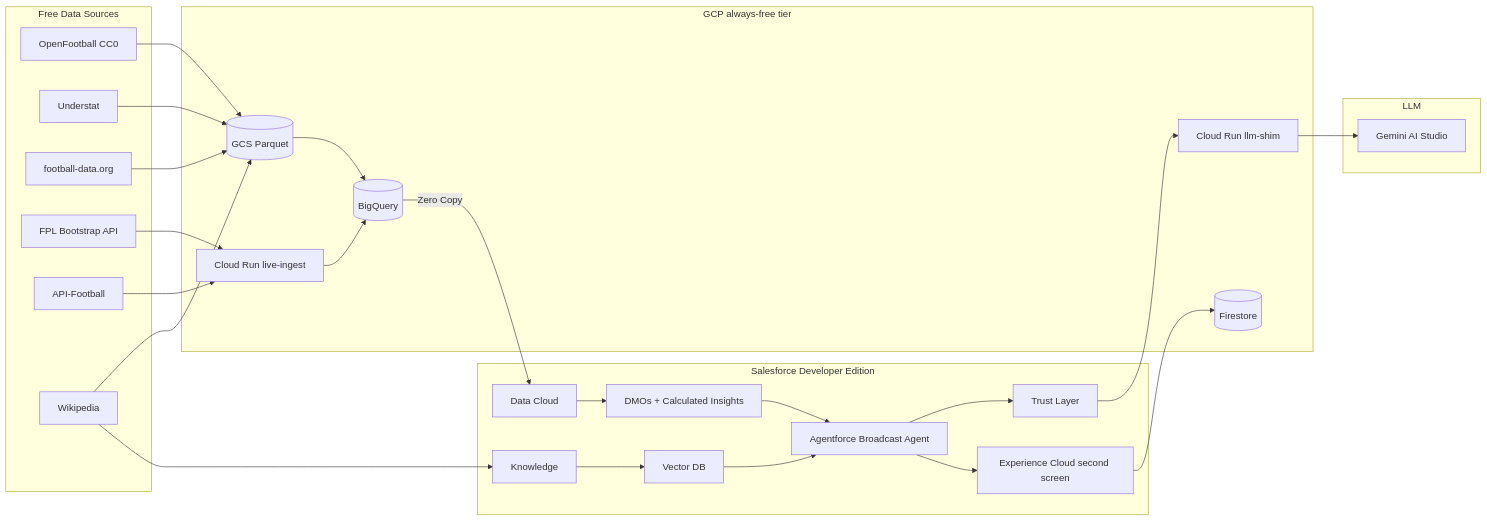
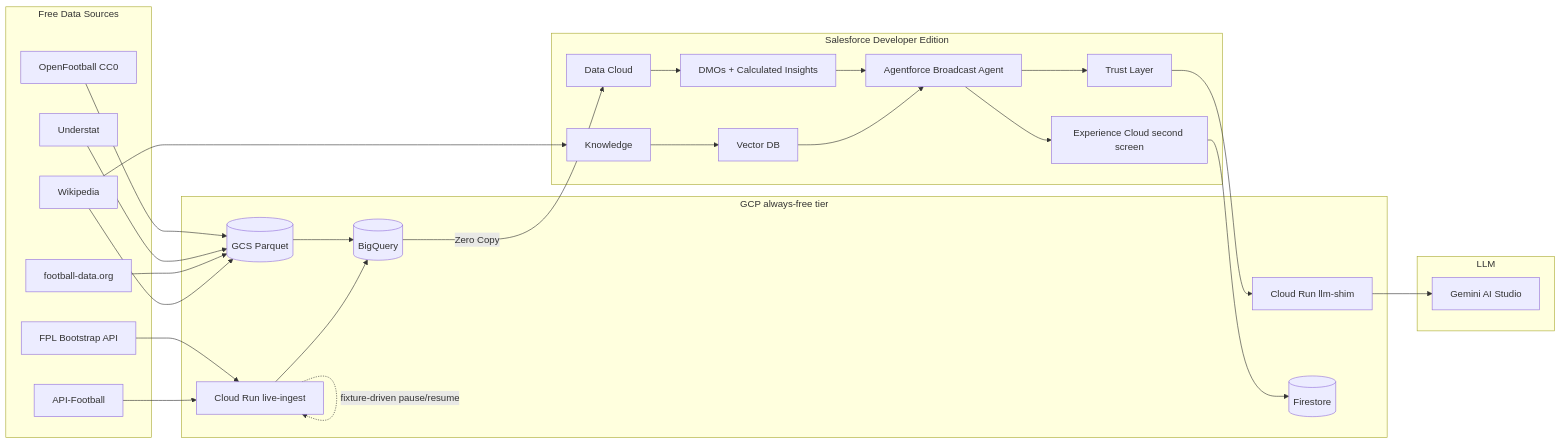
One commit to artur-sviridov/sf-fan360 changed the diagram in README.md. Above: the diagram before and after it, drawn with Mermaid. The commit also changed 13 other files, not shown here.

First line of the commit message:
feature (phase 2): fixture-driven FPL scheduler guard and live-ingest deploy prep

````diff
--- a/README.md
+++ b/README.md
@@ -15,44 +15,45 @@
 ```mermaid
 flowchart LR
   subgraph sources [Free Data Sources]
     of[OpenFootball CC0]
     us[Understat]
     fd[football-data.org]
     fpl[FPL Bootstrap API]
     af[API-Football]
     wiki[Wikipedia]
   end
 
   subgraph gcp [GCP always-free tier]
     gcs[(GCS Parquet)]
     bq[(BigQuery)]
     cr[Cloud Run llm-shim]
     cr2[Cloud Run live-ingest]
     fs[(Firestore)]
   end
 
   subgraph llm [LLM]
     gais[Gemini AI Studio]
   end
 
   subgraph sf [Salesforce Developer Edition]
     dc[Data Cloud]
     dmo[DMOs + Calculated Insights]
     vdb[Vector DB]
     kb[Knowledge]
     af1[Agentforce Broadcast Agent]
     tl[Trust Layer]
     exp[Experience Cloud second screen]
   end
 
   of & us & fd & wiki --> gcs
   gcs --> bq
   fpl & af --> cr2
   cr2 --> bq
+  cr2 -. fixture-driven pause/resume .-> cr2
   bq -->|Zero Copy| dc
   dc --> dmo --> af1
   wiki --> kb --> vdb --> af1
   af1 --> tl --> cr --> gais
   af1 --> exp
   exp --> fs
 ```
````
